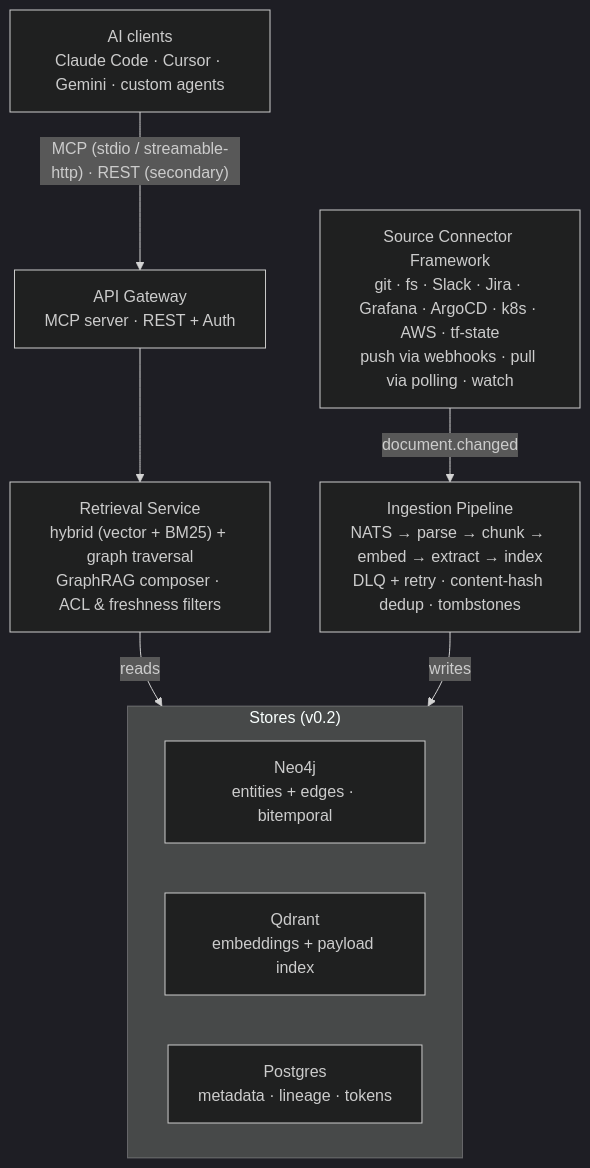
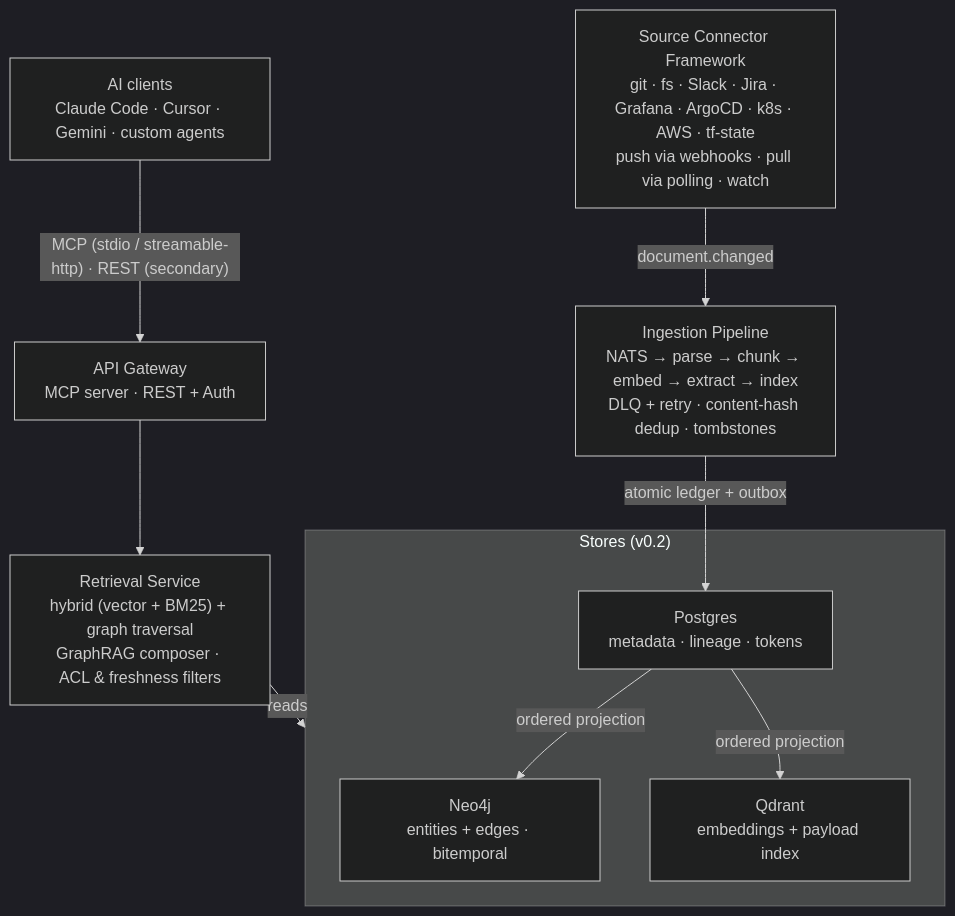
One commit to 100rd/Omniscience changed the first of 3 diagrams in docs/architecture.md. Above: the diagram before and after it, drawn with Mermaid (dark theme). The commit also changed other lines of this file and 20 other files, not shown here.

````diff
--- a/docs/architecture.md
+++ b/docs/architecture.md
@@ -16,14 +16,16 @@
 ```mermaid
 flowchart TB
     AIC["AI clients<br/>Claude Code · Cursor · Gemini · custom agents"]
     AIC -->|"MCP (stdio / streamable-http) · REST (secondary)"| GW["API Gateway<br/>MCP server · REST + Auth"]
     GW --> RET["Retrieval Service<br/>hybrid (vector + BM25) + graph traversal<br/>GraphRAG composer · ACL &amp; freshness filters"]
     RET -->|"reads"| STORES
     subgraph STORES["Stores (v0.2)"]
         NEO["Neo4j<br/>entities + edges · bitemporal"]
         QD["Qdrant<br/>embeddings + payload index"]
         PG["Postgres<br/>metadata · lineage · tokens"]
     end
-    ING["Ingestion Pipeline<br/>NATS → parse → chunk → embed → extract → index<br/>DLQ + retry · content-hash dedup · tombstones"] -->|"writes"| STORES
+    ING["Ingestion Pipeline<br/>NATS → parse → chunk → embed → extract → index<br/>DLQ + retry · content-hash dedup · tombstones"] -->|"atomic ledger + outbox"| PG
+    PG -->|"ordered projection"| NEO
+    PG -->|"ordered projection"| QD
     CONN["Source Connector Framework<br/>git · fs · Slack · Jira · Grafana · ArgoCD · k8s · AWS · tf-state<br/>push via webhooks · pull via polling · watch"] -->|"document.changed"| ING
 ```
````
